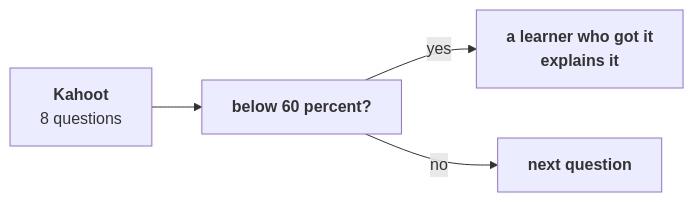
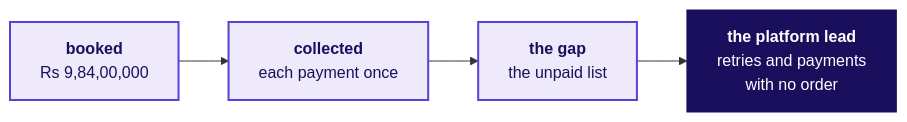
One commit to fde-academy-lab/c2-content-factory changed the seventh of 8 diagrams in content/W02/D2/slides/C2_W02_D02_half2_STUDENT.md. Above: the diagram before and after it, drawn with Mermaid. The commit also changed other lines of this file and 11 other files, not shown here.

````diff
--- a/content/W02/D2/slides/C2_W02_D02_half2_STUDENT.md
+++ b/content/W02/D2/slides/C2_W02_D02_half2_STUDENT.md
@@ -173,6 +568,10 @@
 ```mermaid
 flowchart LR
-    K["<b>Kahoot</b><br/>8 questions"] --> L["<b>below 60 percent?</b>"]
-    L -->|"yes"| E["<b>a learner who got it<br/>explains it</b>"]
-    L -->|"no"| N["<b>next question</b>"]
+    B["<b>booked</b><br/>Rs 9,84,00,000"] --> C["<b>collected</b><br/>each payment once"]
+    C --> G["<b>the gap</b><br/>the unpaid list"]
+    G --> P["<b>the platform lead</b><br/>retries and payments<br/>with no order"]
+    classDef known fill:#EEEAFB,stroke:#5B3FD6,color:#1A0F5C,stroke-width:2px
+    classDef bet fill:#1A0F5C,stroke:#1A0F5C,color:#FFFFFF
+    class B,C,G known
+    class P bet
 ```
````
